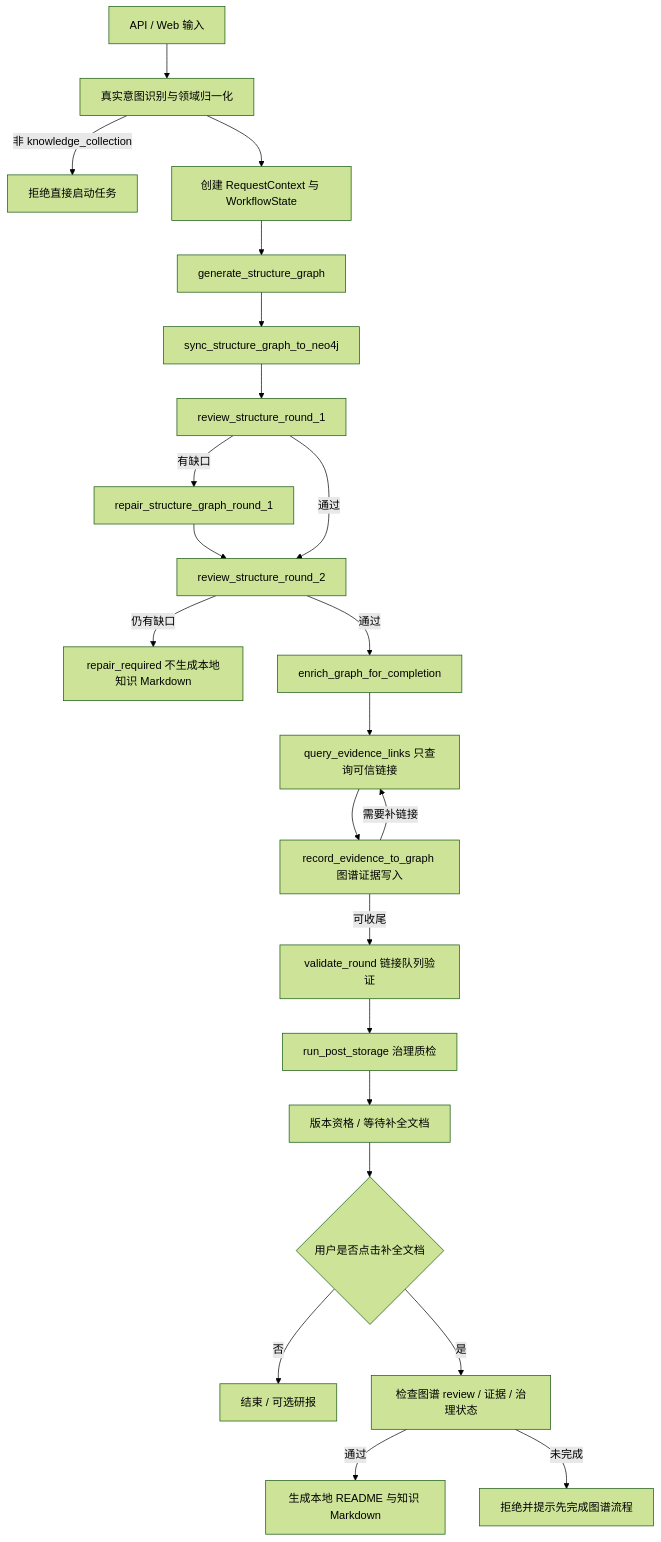
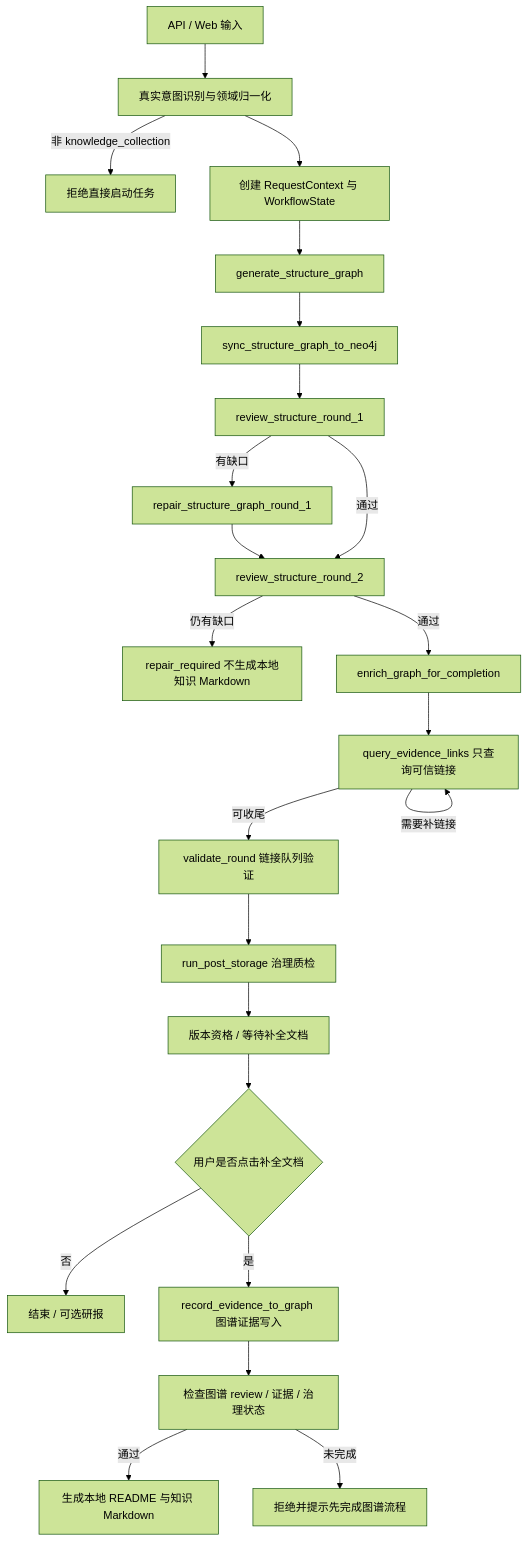
The diagram in docs/流程执行文档.md (crabin/knowledgeforge), drawn with Mermaid (forest theme) before and after one commit. The commit also changed other lines of this file and 10 other files, not shown here.

Commit message:
refactor: gate evidence graph writes behind document completion

````diff
--- a/docs/流程执行文档.md
+++ b/docs/流程执行文档.md
@@ -11,25 +11,25 @@
 ```mermaid
 flowchart TD
     A[API / Web 输入] --> B[真实意图识别与领域归一化]
     B -->|非 knowledge_collection| X[拒绝直接启动任务]
     B --> C[创建 RequestContext 与 WorkflowState]
     C --> D[generate_structure_graph]
     D --> E[sync_structure_graph_to_neo4j]
     E --> F[review_structure_round_1]
     F -->|有缺口| G[repair_structure_graph_round_1]
     G --> H[review_structure_round_2]
     F -->|通过| H
     H -->|仍有缺口| S[repair_required 不生成本地知识 Markdown]
     H -->|通过| I[enrich_graph_for_completion]
     I --> J[query_evidence_links 只查询可信链接]
-    J --> K[record_evidence_to_graph 图谱证据写入]
-    K -->|需要补链接| J
-    K -->|可收尾| L[validate_round 链接队列验证]
+    J -->|需要补链接| J
+    J -->|可收尾| L[validate_round 链接队列验证]
     L --> M[run_post_storage 治理质检]
     M --> P[版本资格 / 等待补全文档]
     P --> Q{用户是否点击补全文档}
     Q -->|否| R[结束 / 可选研报]
-    Q -->|是| T[检查图谱 review / 证据 / 治理状态]
+    Q -->|是| K[record_evidence_to_graph 图谱证据写入]
+    K --> T[检查图谱 review / 证据 / 治理状态]
     T -->|通过| U[生成本地 README 与知识 Markdown]
     T -->|未完成| V[拒绝并提示先完成图谱流程]
 ```
````
